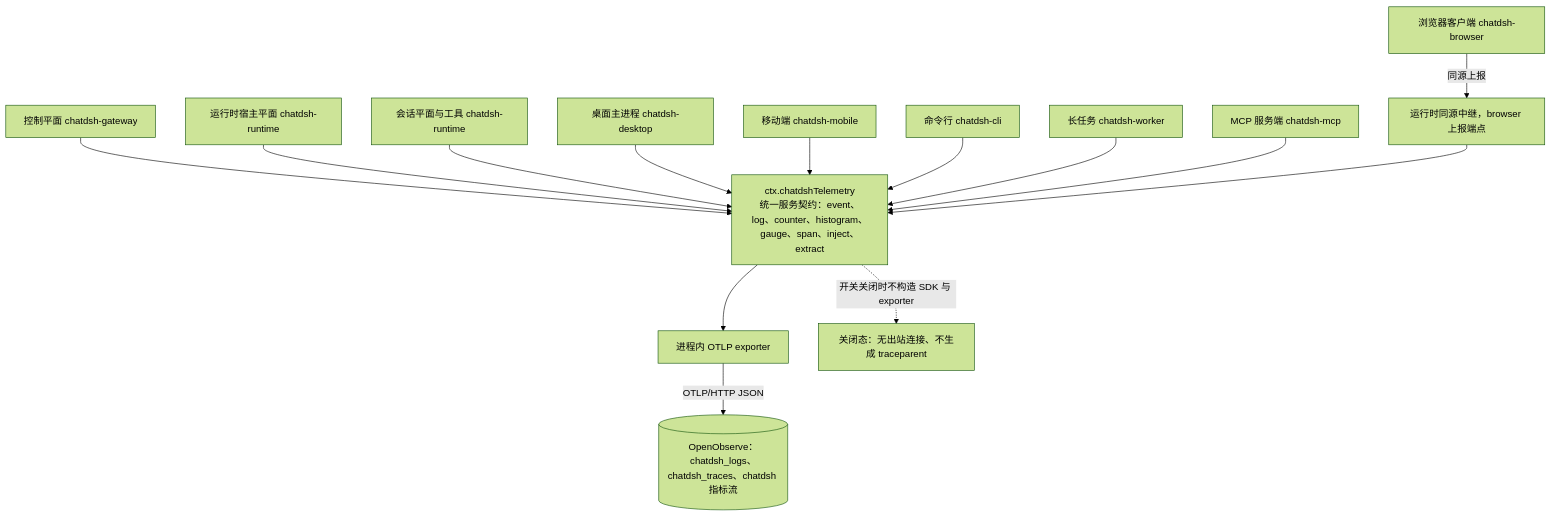
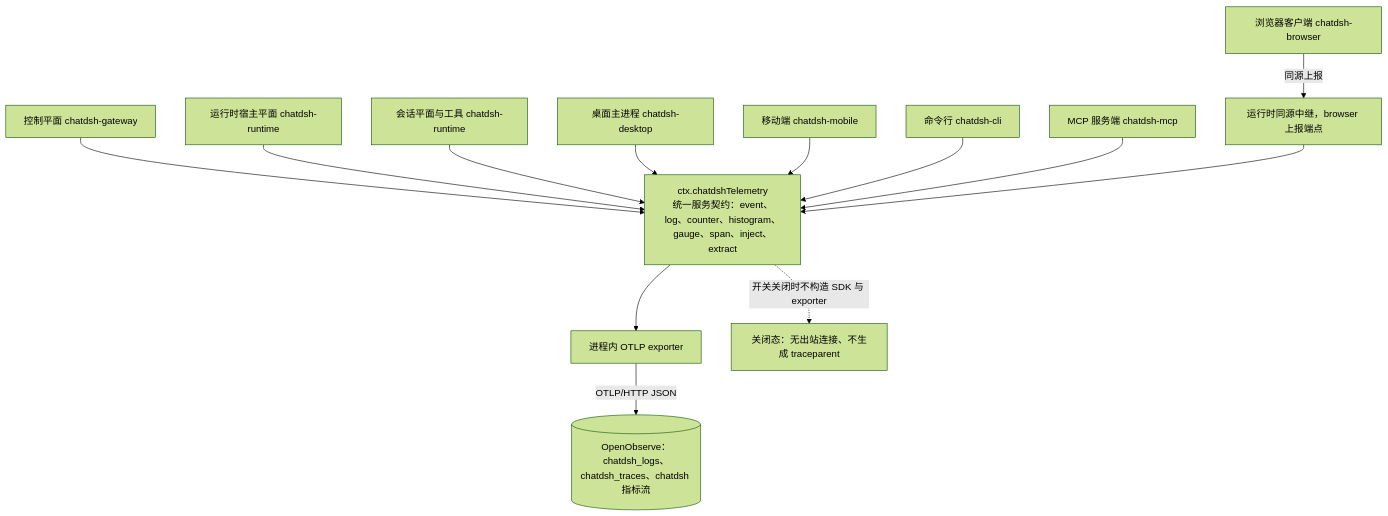
One commit to wenzetan/chatdsh changed diagram 15 of 17 in runtime/docs/architecture-diagram.md. Above: the diagram before and after it, drawn with Mermaid (forest theme). The commit also changed other lines of this file and 144 other files, not shown here.

````diff
--- a/runtime/docs/architecture-diagram.md
+++ b/runtime/docs/architecture-diagram.md
@@ -449,29 +439,27 @@
 ```mermaid
 flowchart TB
   S1["控制平面 chatdsh-gateway"]
   S2["运行时宿主平面 chatdsh-runtime"]
   S3["会话平面与工具 chatdsh-runtime"]
   S5["桌面主进程 chatdsh-desktop"]
   S6["移动端 chatdsh-mobile"]
   S7["命令行 chatdsh-cli"]
-  S8["长任务 chatdsh-worker"]
   S9["MCP 服务端 chatdsh-mcp"]
   SVC["ctx.chatdshTelemetry<br/>统一服务契约：event、log、counter、histogram、gauge、span、inject、extract"]
   EX1["进程内 OTLP exporter"]
   S4["浏览器客户端 chatdsh-browser"]
   RELAY["运行时同源中继，browser 上报端点"]
   OBS[("OpenObserve：chatdsh_logs、chatdsh_traces、chatdsh 指标流")]
   S1 --> SVC
   S2 --> SVC
   S3 --> SVC
   S5 --> SVC
   S6 --> SVC
   S7 --> SVC
-  S8 --> SVC
   S9 --> SVC
   S4 -->|"同源上报"| RELAY
   RELAY --> SVC
   SVC --> EX1
   EX1 -->|"OTLP/HTTP JSON"| OBS
   SVC -.->|"开关关闭时不构造 SDK 与 exporter"| OFF["关闭态：无出站连接、不生成 traceparent"]
 ```
````
